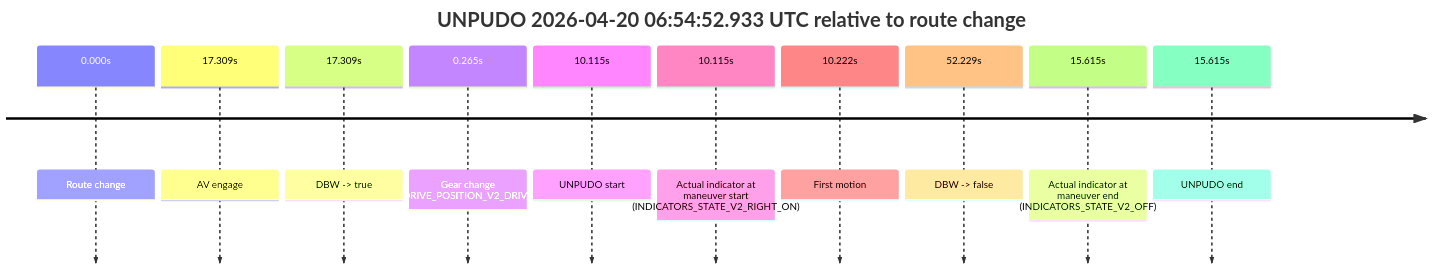
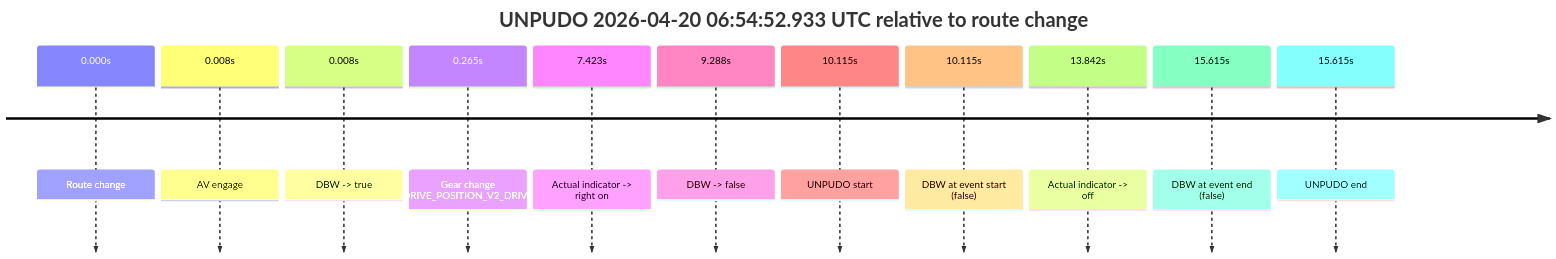
One commit to yoelshapiro/vault changed the sixth of 13 diagrams in model_analysis/report_cards/2026/04/Week-4/fme20018--2026-04-20--06-09-46--gen2-av-f3dff3a8-6b32-43f2-a280-52ddb467ac46.md. Above: the diagram before and after it, drawn with Mermaid. The commit also changed other lines of this file and 85 other files, not shown here.

````diff
--- a/model_analysis/report_cards/2026/04/Week-4/fme20018--2026-04-20--06-09-46--gen2-av-f3dff3a8-6b32-43f2-a280-52ddb467ac46.md
+++ b/model_analysis/report_cards/2026/04/Week-4/fme20018--2026-04-20--06-09-46--gen2-av-f3dff3a8-6b32-43f2-a280-52ddb467ac46.md
@@ -473,14 +489,15 @@
 ```mermaid
 timeline
     title UNPUDO 2026-04-20 06:54:52.933 UTC relative to route change
     0.000s : Route change
-    17.309s : AV engage
-    17.309s : DBW -> true
+    0.008s : AV engage
+    0.008s : DBW -> true
     0.265s : Gear change (DRIVE_POSITION_V2_DRIVE)
+    7.423s : Actual indicator -> right on
+    9.288s : DBW -> false
     10.115s : UNPUDO start
-    10.115s : Actual indicator at maneuver start (INDICATORS_STATE_V2_RIGHT_ON)
-    10.222s : First motion
-    52.229s : DBW -> false
-    15.615s : Actual indicator at maneuver end (INDICATORS_STATE_V2_OFF)
+    10.115s : DBW at event start (false)
+    13.842s : Actual indicator -> off
+    15.615s : DBW at event end (false)
     15.615s : UNPUDO end
 ```
````
